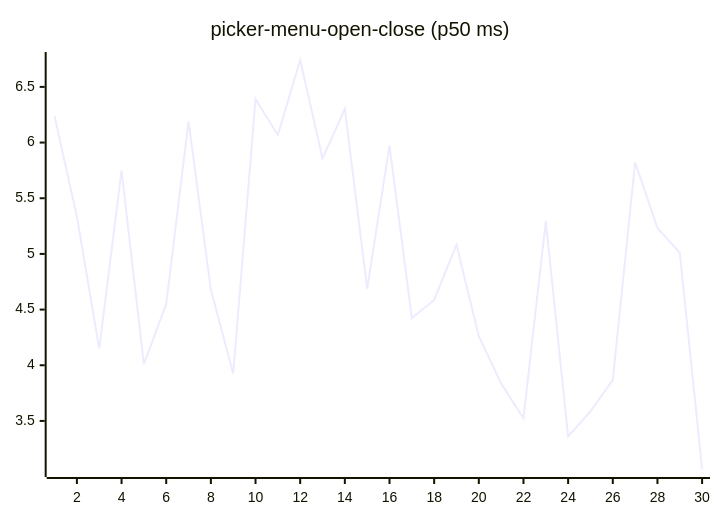
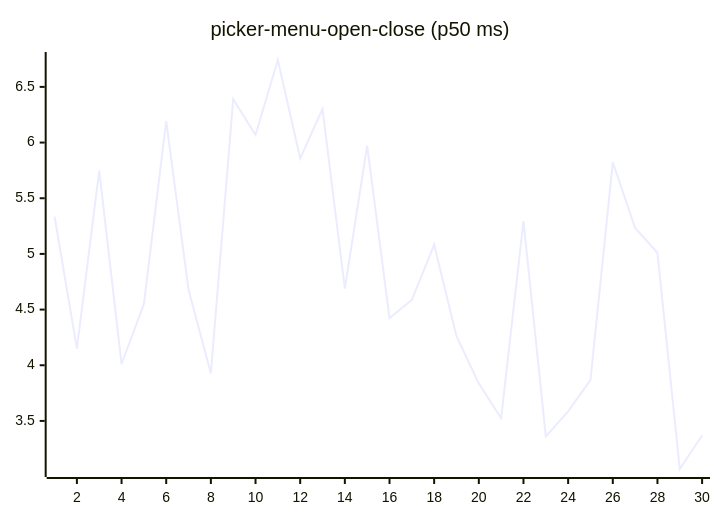
One commit to josha/Facet changed diagram 16 of 27 in README.md. Above: the diagram before and after it, drawn with Mermaid. The commit also changed other lines of this file and 2 other files, not shown here.

````diff
--- a/README.md
+++ b/README.md
@@ -168,6 +168,6 @@
 ```mermaid
 xychart-beta
     title "picker-menu-open-close (p50 ms)"
     x-axis 1 --> 30
-    line [6.2355, 5.3362, 4.1492, 5.7473, 4.0112, 4.5489, 6.1919, 4.6774, 3.9267, 6.3897, 6.0683, 6.7415, 5.8582, 6.3016, 4.6878, 5.9725, 4.4246, 4.5868, 5.0832, 4.2609, 3.8354, 3.5244, 5.2942, 3.3612, 3.5857, 3.8672, 5.8216, 5.2328, 5.0107, 3.0683]
+    line [5.3362, 4.1492, 5.7473, 4.0112, 4.5489, 6.1919, 4.6774, 3.9267, 6.3897, 6.0683, 6.7415, 5.8582, 6.3016, 4.6878, 5.9725, 4.4246, 4.5868, 5.0832, 4.2609, 3.8354, 3.5244, 5.2942, 3.3612, 3.5857, 3.8672, 5.8216, 5.2328, 5.0107, 3.0683, 3.3695]
 ```
````
